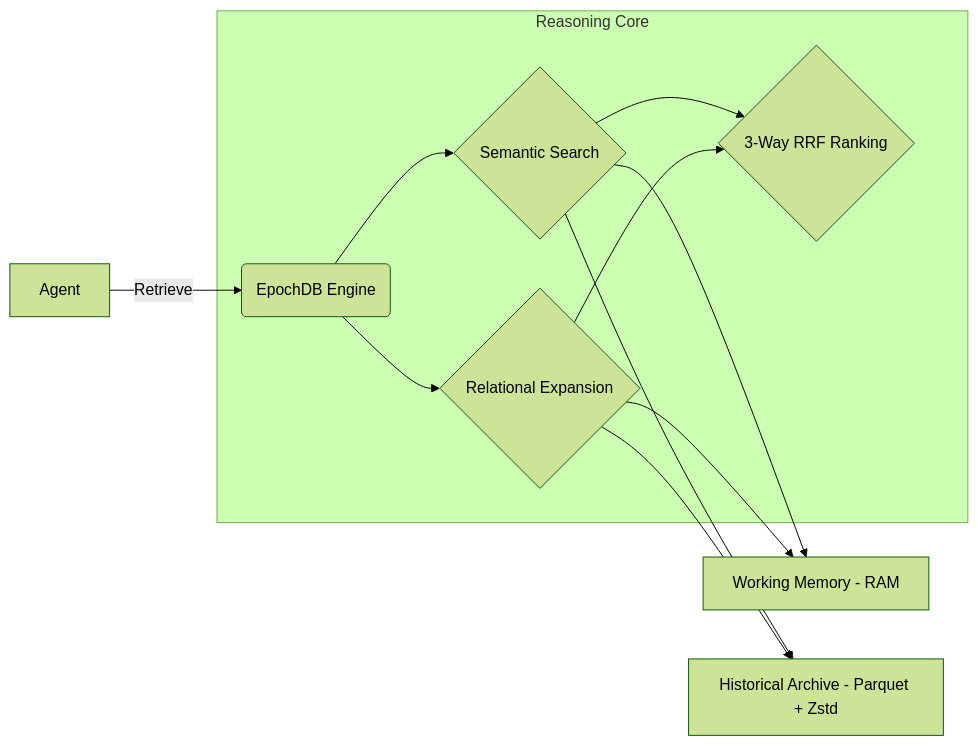
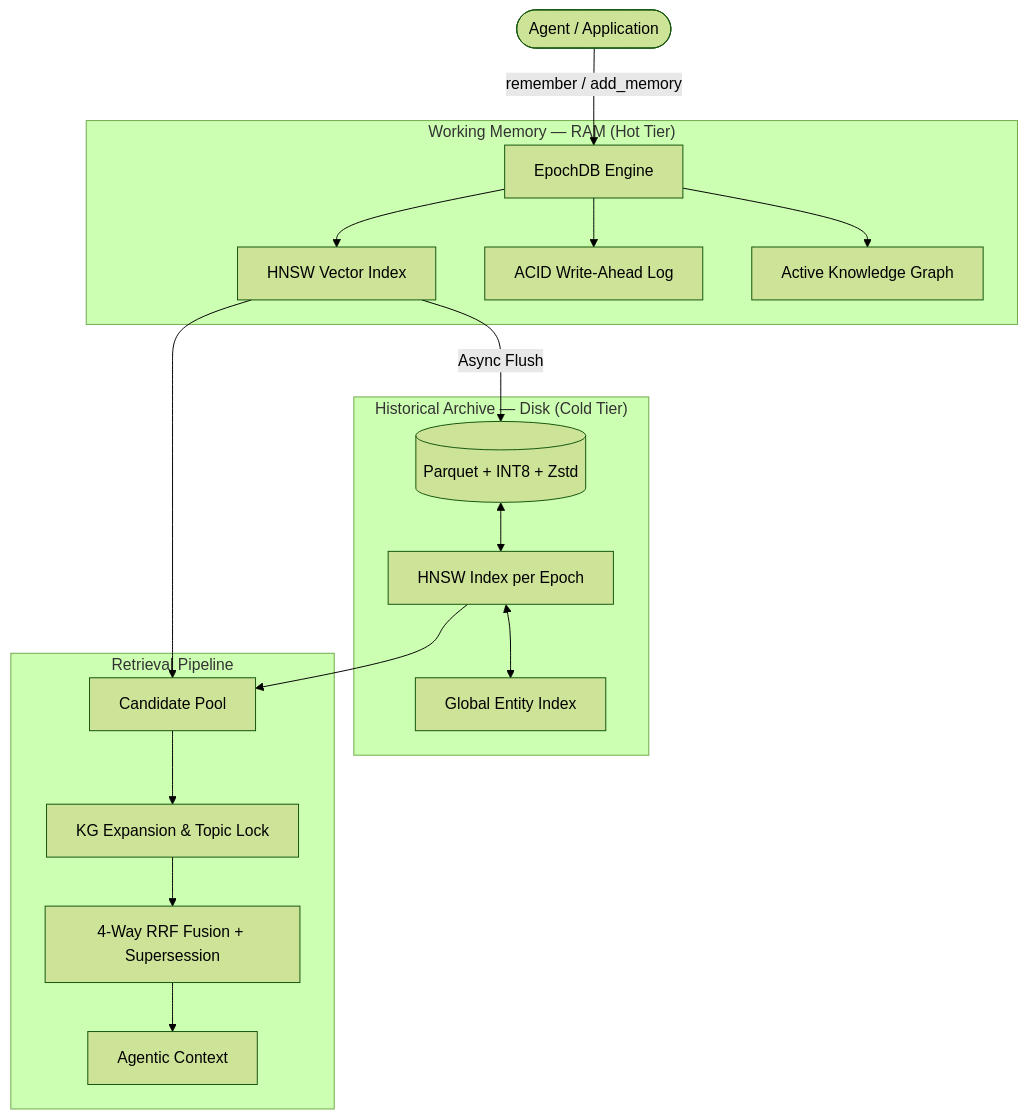
Before and after one commit to jersobh/epochdb: the diagram in README.md, drawn with Mermaid (forest theme). The commit also changed other lines of this file and 26 other files, not shown here.

Commit message:
feat: v0.4.0 Hardened Release - 1.000 recall sweep, HNSW Cold Tier, and Nuclear Topic Lock

````diff
--- a/README.md
+++ b/README.md
@@ -20,11 +24,23 @@
 ```mermaid
-graph LR
-    A[Agent] -->|Retrieve| B(EpochDB Engine)
-    subgraph "Reasoning Core"
-        B --> C{Semantic Search}
-        B --> D{Relational Expansion}
-        C & D --> R{3-Way RRF Ranking}
+graph TD
+    Agent([Agent / Application]) -->|remember / add_memory| Engine[EpochDB Engine]
+
+    subgraph "Working Memory — RAM (Hot Tier)"
+        Engine --> HNSW_H[HNSW Vector Index]
+        Engine --> WAL[ACID Write-Ahead Log]
+        Engine --> KG[Active Knowledge Graph]
     end
-    C & D --> E[Working Memory - RAM]
-    C & D --> F[Historical Archive - Parquet + Zstd]
+
+    subgraph "Historical Archive — Disk (Cold Tier)"
+        HNSW_H -->|Async Flush| Parquet[(Parquet + INT8 + Zstd)]
+        Parquet <--> HNSW_C[HNSW Index per Epoch]
+        HNSW_C <--> GEI[Global Entity Index]
+    end
+
+    subgraph "Retrieval Pipeline"
+        HNSW_H & HNSW_C --> Pool[Candidate Pool]
+        Pool --> KG_Exp[KG Expansion & Topic Lock]
+        KG_Exp --> RRF[4-Way RRF Fusion + Supersession]
+        RRF --> Context[Agentic Context]
+    end
 ```
````
